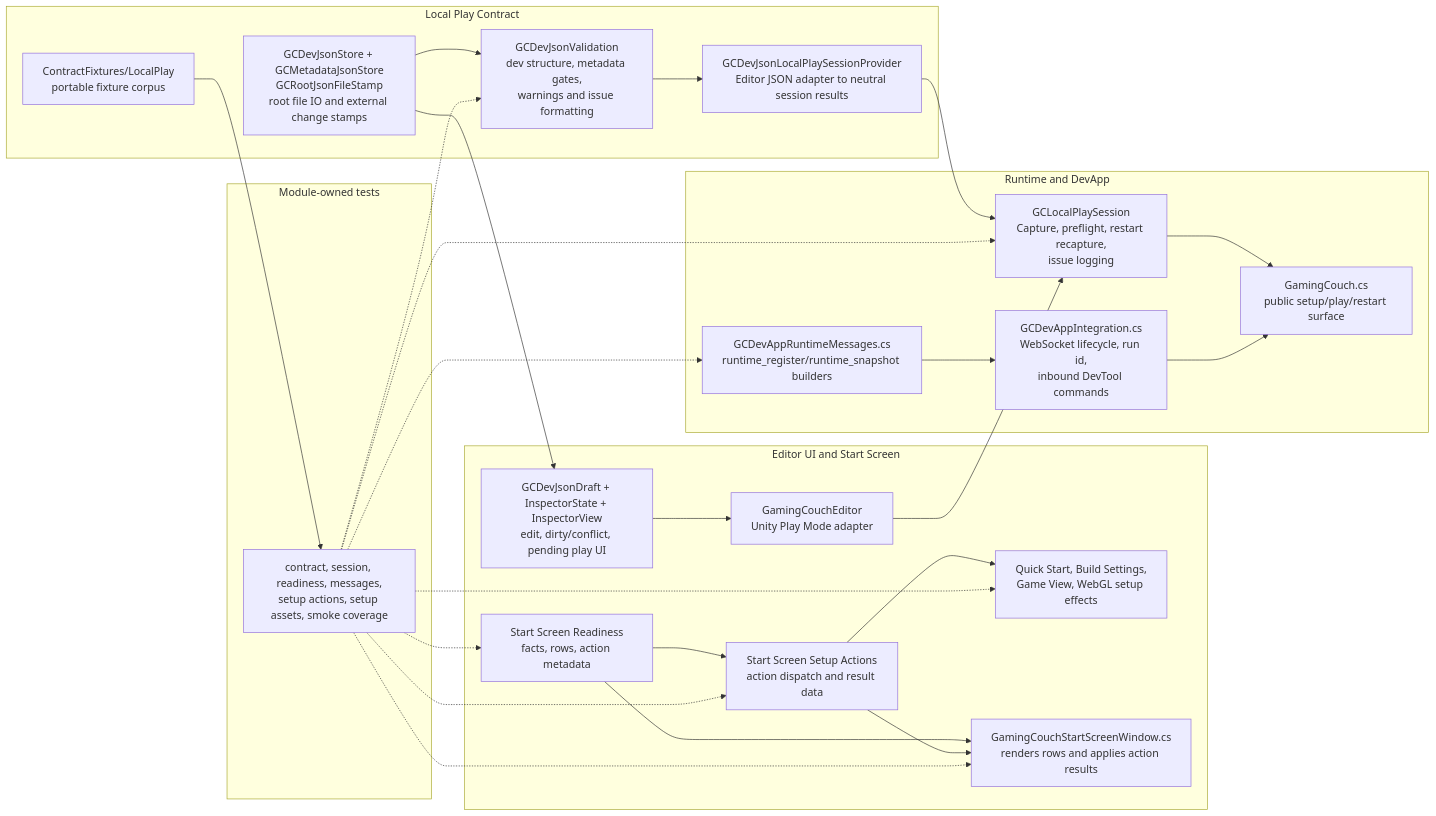
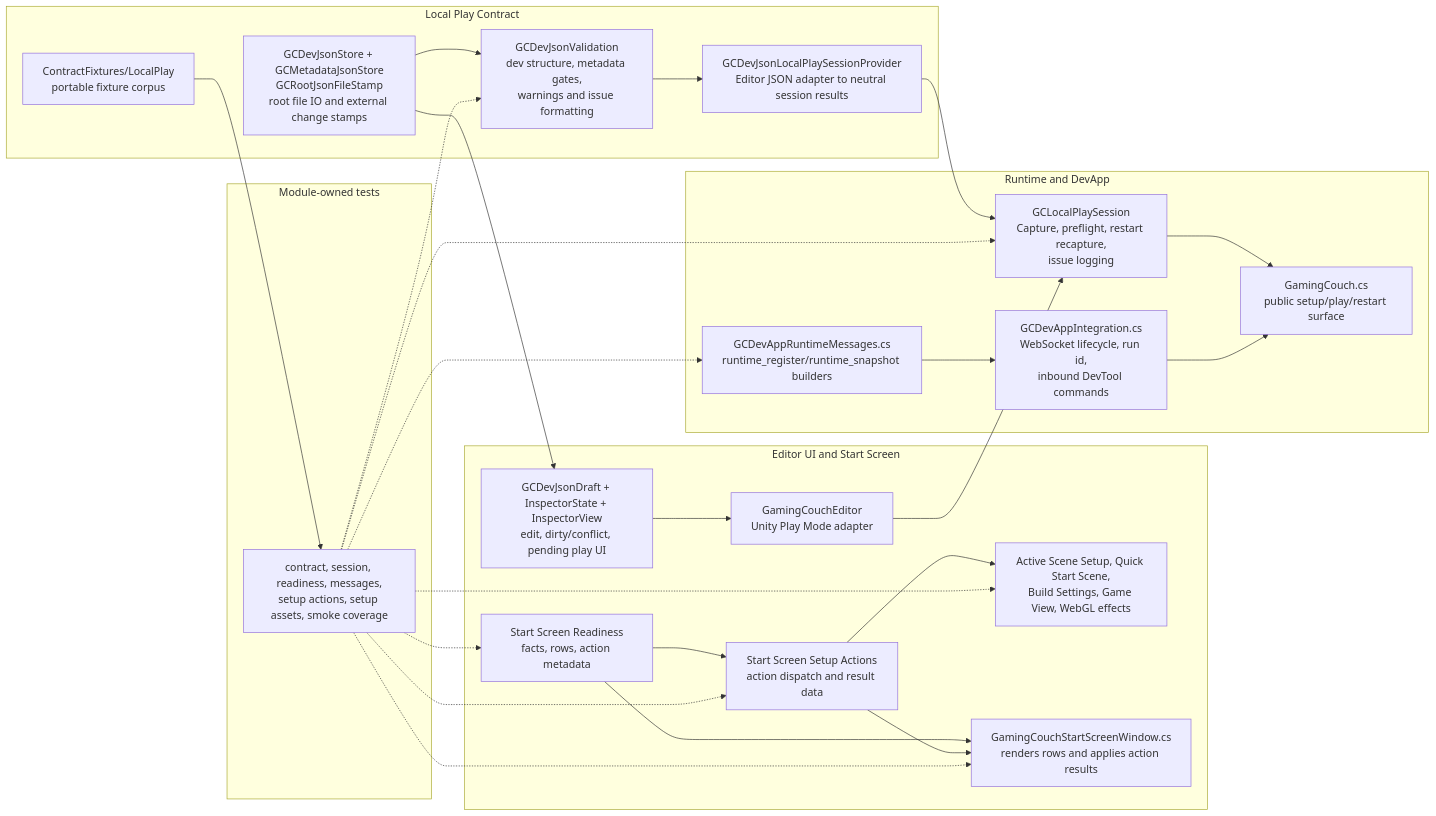
One commit to deadsetbit/gaming-couch-unity changed the second of 2 diagrams in docs/architecture/gamingcouch-unity-package-architecture-then-now.md. Above: the diagram before and after it, drawn with Mermaid. The commit also changed other lines of this file and 3 other files, not shown here.

Commit message:
docs: define start screen and setup terminology

````diff
--- a/docs/architecture/gamingcouch-unity-package-architecture-then-now.md
+++ b/docs/architecture/gamingcouch-unity-package-architecture-then-now.md
@@ -52,54 +52,54 @@
 ```mermaid
 flowchart LR
   subgraph Contract["Local Play Contract"]
     Stores["GCDevJsonStore + GCMetadataJsonStore<br/>GCRootJsonFileStamp<br/>root file IO and external change stamps"]
     Validation["GCDevJsonValidation<br/>dev structure, metadata gates,<br/>warnings and issue formatting"]
     JsonAdapter["GCDevJsonLocalPlaySessionProvider<br/>Editor JSON adapter to neutral session results"]
     Fixtures["ContractFixtures/LocalPlay<br/>portable fixture corpus"]
   end
 
   subgraph EditorUi["Editor UI and Start Screen"]
     Inspector["GCDevJsonDraft + InspectorState + InspectorView<br/>edit, dirty/conflict, pending play UI"]
     EditorGate["GamingCouchEditor<br/>Unity Play Mode adapter"]
     Readiness["Start Screen Readiness<br/>facts, rows, action metadata"]
     Actions["Start Screen Setup Actions<br/>action dispatch and result data"]
-    SetupEffects["Quick Start, Build Settings,<br/>Game View, WebGL setup effects"]
+    SetupEffects["Active Scene Setup, Quick Start Scene,<br/>Build Settings, Game View, WebGL effects"]
     Window["GamingCouchStartScreenWindow.cs<br/>renders rows and applies action results"]
   end
 
   subgraph RuntimeAndDevApp["Runtime and DevApp"]
     LocalSession["GCLocalPlaySession<br/>Capture, preflight, restart recapture,<br/>issue logging"]
     Game["GamingCouch.cs<br/>public setup/play/restart surface"]
     Messages["GCDevAppRuntimeMessages.cs<br/>runtime_register/runtime_snapshot builders"]
     Transport["GCDevAppIntegration.cs<br/>WebSocket lifecycle, run id,<br/>inbound DevTool commands"]
   end
 
   subgraph Tests["Module-owned tests"]
     TestSuites["contract, session, readiness, messages,<br/>setup actions, setup assets, smoke coverage"]
   end
 
   Stores --> Validation
   Validation --> JsonAdapter
   Stores --> Inspector
   Inspector --> EditorGate
   JsonAdapter --> LocalSession
   EditorGate --> LocalSession
   LocalSession --> Game
 
   Readiness --> Window
   Readiness --> Actions
   Actions --> SetupEffects
   Actions --> Window
 
   Messages --> Transport
   Transport --> Game
 
   Fixtures --> TestSuites
   TestSuites -.-> Validation
   TestSuites -.-> LocalSession
   TestSuites -.-> Readiness
   TestSuites -.-> Actions
   TestSuites -.-> SetupEffects
   TestSuites -.-> Messages
   TestSuites -.-> Window
 ```
````
